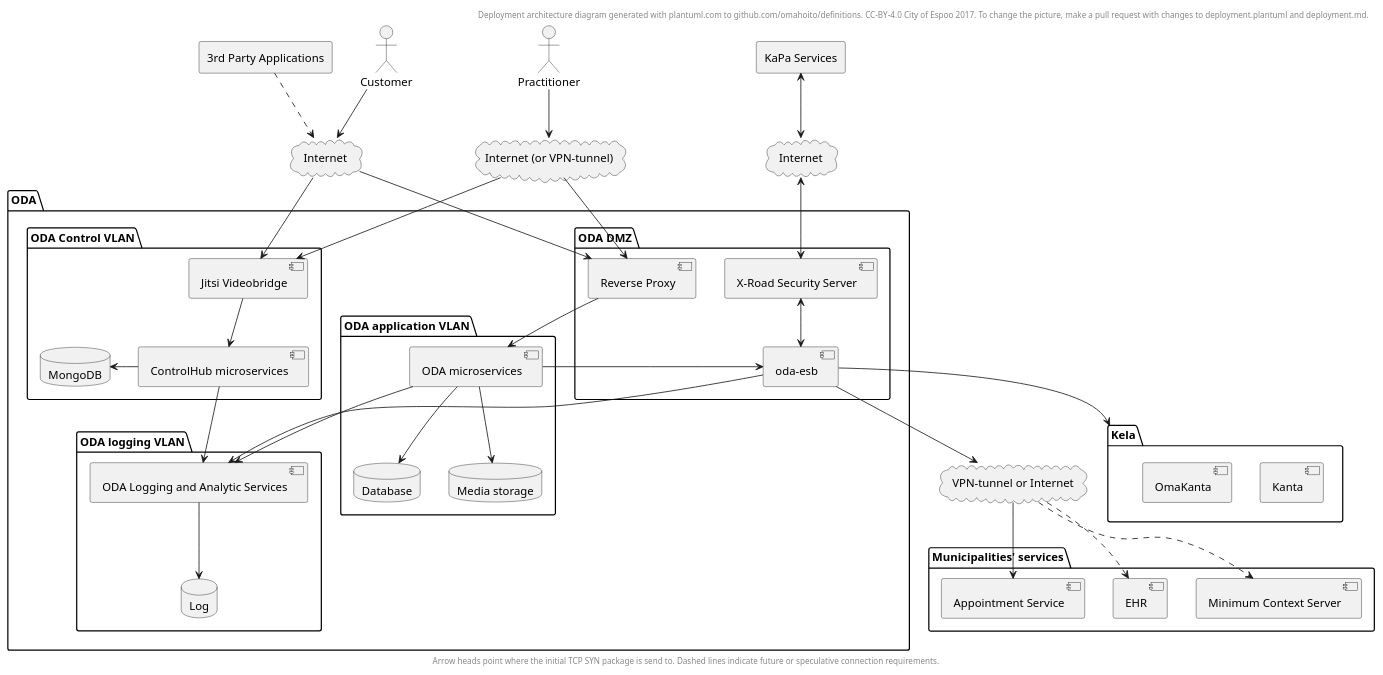
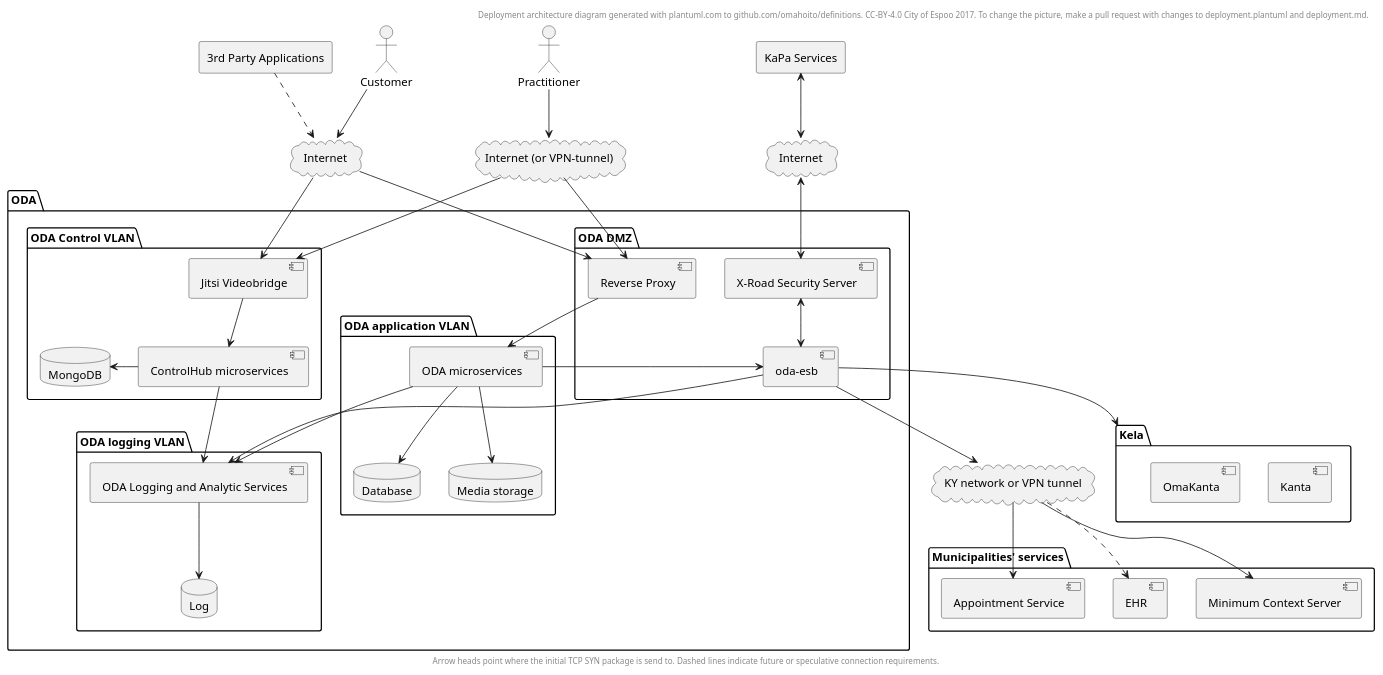
Before and after one commit to ruoat/definitions: the diagram in deployment.plantuml, drawn with PlantUML. The commit also changed 1 other file, not shown here.

Commit message:
Add KY network and connection to context server

```diff
--- a/deployment.plantuml
+++ b/deployment.plantuml
@@ -1,93 +1,93 @@
 @startuml
 ' Uncomment to use dark theme:
 ' !includeurl https://raw.githubusercontent.com/omahoito/rfc/master/Styles.iuml
 
 header
 Deployment architecture diagram generated with plantuml.com to github.com/omahoito/definitions. \
 CC-BY-4.0 City of Espoo 2017. \
 To change the picture, make a pull request with changes to deployment.plantuml and deployment.md.
 endheader
 
 footer
 Arrow heads point where the initial TCP SYN package is send to. \
 Dashed lines indicate future or speculative connection requirements.
 endfooter
 
 actor Customer
 actor Practitioner
 agent "KaPa Services" as ks
 agent "3rd Party Applications" as apps
 
 cloud Internet as public
 cloud "Internet (or VPN-tunnel)" as LAN
 cloud Internet as kapa
 
 Customer --> public
 Practitioner --> LAN
 ks <--> kapa
 apps ..> public
 
 folder "Municipalities' services" {
     component "Appointment Service" as appointments
     component "Minimum Context Server" as mctx
     component EHR
 }
 
 folder ODA {
     folder "ODA DMZ" {
         component "X-Road Security Server" as sec
         component "oda-esb" as esb
         component "Reverse Proxy" as gw
 
     }
     folder "ODA application VLAN" {
         component "ODA microservices" as services
         database Database as DB
         database "Media storage" as mediastore
         services --> DB
         services --> mediastore
     }
     folder "ODA Control VLAN" {
         component "Jitsi Videobridge" as jitsi
         component "ControlHub microservices" as control
         jitsi --> control
         database MongoDB
         control -left-> MongoDB
     }
     folder "ODA logging VLAN" {
         component "ODA Logging and Analytic Services" as logging
         database Log
         logging --> Log
     }
 }
 
 control --> logging
 
 folder Kela {
     component Kanta
     component OmaKanta
 }
 
-cloud "VPN-tunnel or Internet" as L2L
+cloud "KY network or VPN tunnel" as L2L
 
 public --> gw
 public --> jitsi
 LAN --> gw
 LAN --> jitsi
 
 sec <--> esb
 esb --> L2L
 esb --> logging
 esb --> Kela
 
 L2L --> appointments
-L2L ..> mctx
+L2L --> mctx
 L2L ..> EHR
 
 kapa <--> sec
 
 gw --> services
 services --> esb
 services --> logging
 
 @enduml
```
